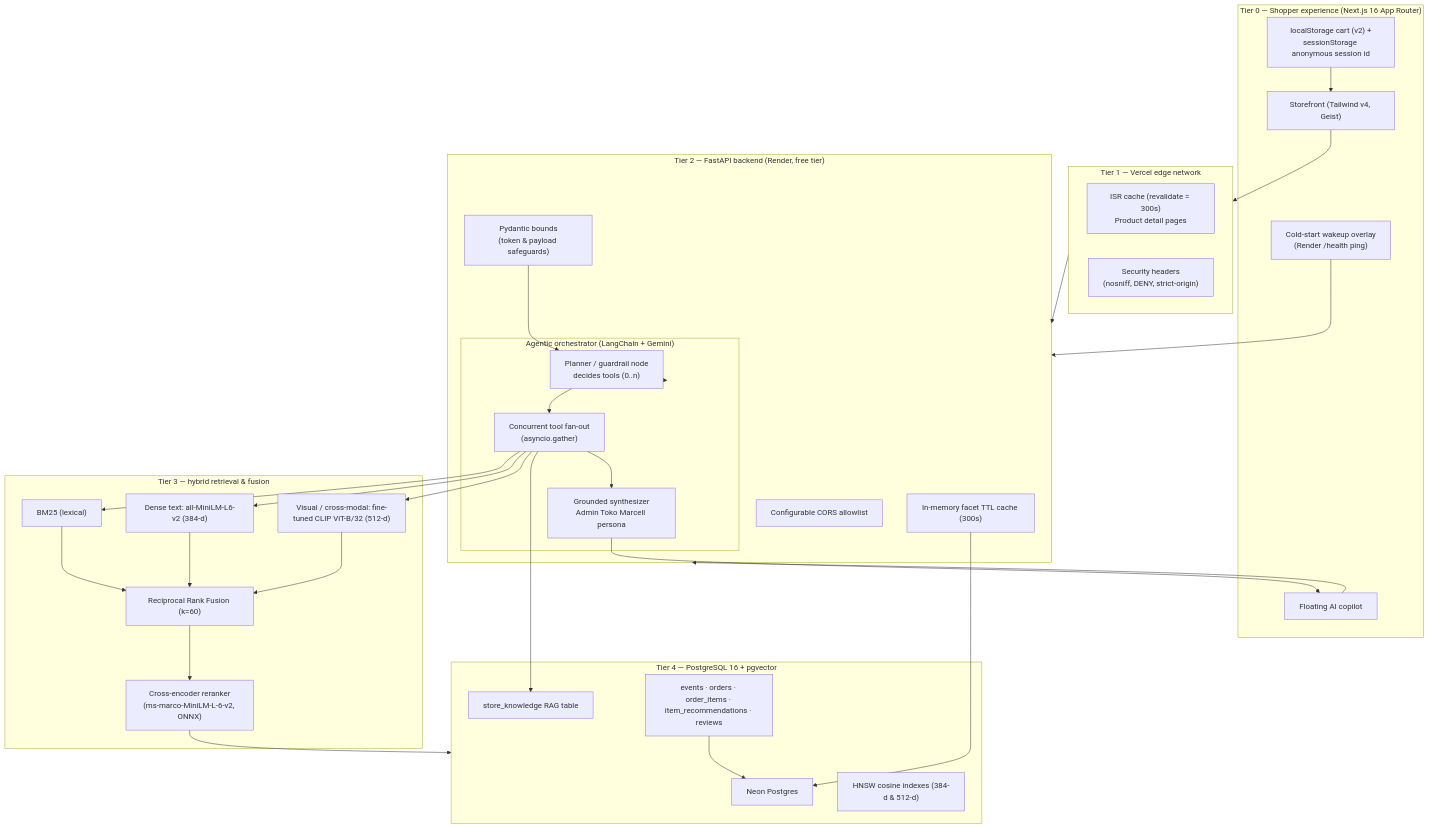
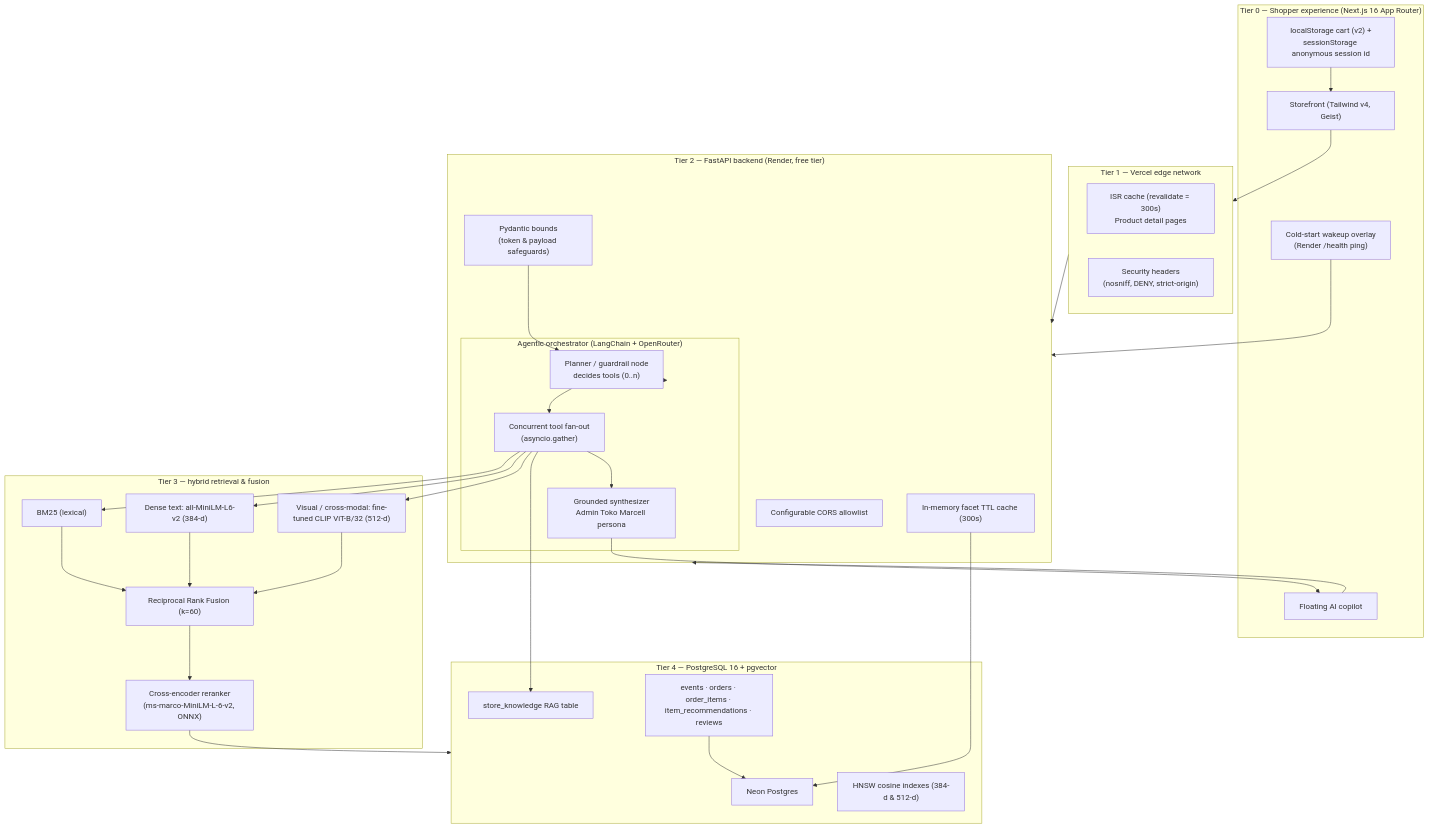
One commit to marknshoot/toko-marcell changed the first of 4 diagrams in README.md. Above: the diagram before and after it, drawn with Mermaid. The commit also changed other lines of this file and 4 other files, not shown here.

First line of the commit message:
docs: sync the OpenRouter copilot provider across all READMEs

````diff
--- a/README.md
+++ b/README.md
@@ -135,53 +136,53 @@
 ```mermaid
 flowchart TD
     subgraph Client["Tier 0 — Shopper experience (Next.js 16 App Router)"]
         UI["Storefront (Tailwind v4, Geist)"]
         Chat["Floating AI copilot"]
         Wakeup["Cold-start wakeup overlay<br/>(Render /health ping)"]
         ClientState["localStorage cart (v2) +<br/>sessionStorage anonymous session id"]
     end
 
     subgraph Edge["Tier 1 — Vercel edge network"]
         ISR["ISR cache (revalidate = 300s)<br/>Product detail pages"]
         Headers["Security headers<br/>(nosniff, DENY, strict-origin)"]
     end
 
     subgraph API["Tier 2 — FastAPI backend (Render, free tier)"]
         CORS["Configurable CORS allowlist"]
         Cache["In-memory facet TTL cache (300s)"]
         Val["Pydantic bounds<br/>(token & payload safeguards)"]
-        subgraph Orchestration["Agentic orchestrator (LangChain + Gemini)"]
+        subgraph Orchestration["Agentic orchestrator (LangChain + OpenRouter)"]
             Planner["Planner / guardrail node<br/>decides tools (0..n)"]
             Fanout["Concurrent tool fan-out<br/>(asyncio.gather)"]
             Synth["Grounded synthesizer<br/>Admin Toko Marcell persona"]
         end
     end
 
     subgraph Retrieval["Tier 3 — hybrid retrieval & fusion"]
         BM25["BM25 (lexical)"]
         MiniLM["Dense text: all-MiniLM-L6-v2 (384-d)"]
         CLIP["Visual / cross-modal: fine-tuned CLIP ViT-B/32 (512-d)"]
         RRF["Reciprocal Rank Fusion (k=60)"]
         CE["Cross-encoder reranker<br/>(ms-marco-MiniLM-L-6-v2, ONNX)"]
     end
 
     subgraph Storage["Tier 4 — PostgreSQL 16 + pgvector"]
         PG["Neon Postgres"]
         HNSW["HNSW cosine indexes (384-d & 512-d)"]
         RAG["store_knowledge RAG table"]
         Ops["events · orders · order_items · item_recommendations · reviews"]
     end
 
     UI --> Edge --> API
     Chat --> API
     Wakeup --> API
     ClientState --> UI
     API --> Planner --> Fanout
     Fanout --> BM25 & MiniLM & CLIP
     BM25 & MiniLM & CLIP --> RRF --> CE --> Storage
     Fanout --> RAG
     Fanout --> Synth --> Chat
     Cache --> PG
     Val --> Planner
     Ops --> PG
 ```
````
